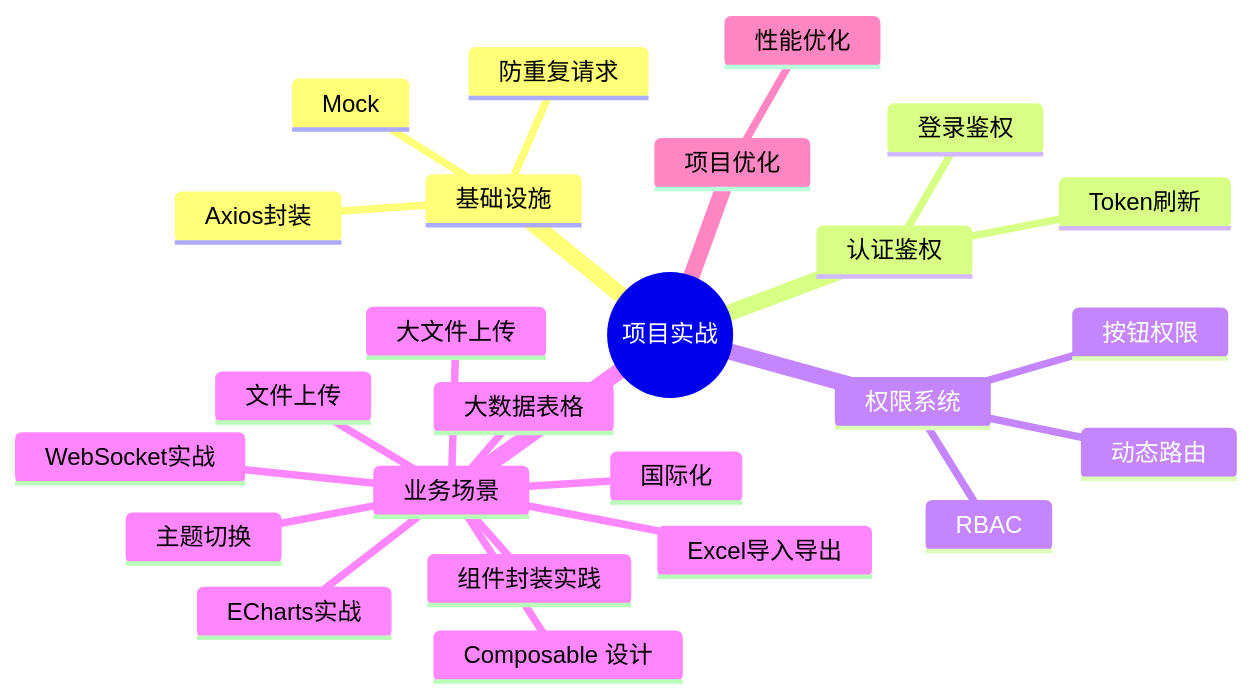
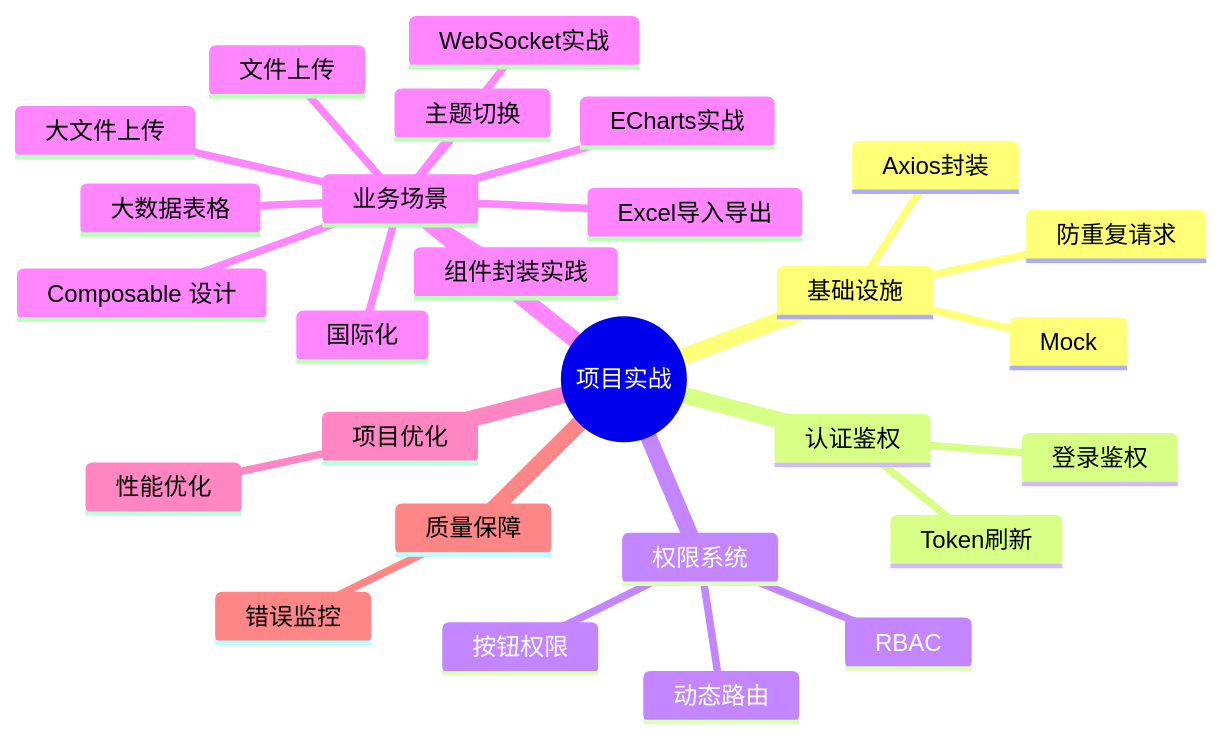
Before and after one commit to zjh42139/interview-notes: the diagram in docs/项目实战/index.md, drawn with Mermaid. The commit also changed other lines of this file and 12 other files, not shown here.

````diff
--- a/docs/项目实战/index.md
+++ b/docs/项目实战/index.md
@@ -9,28 +9,30 @@
 ```mermaid
 mindmap
   root((项目实战))
     基础设施
       Axios封装
       防重复请求
       Mock
     认证鉴权
       登录鉴权
       Token刷新
     权限系统
       动态路由
       RBAC
       按钮权限
     业务场景
       文件上传
       Excel导入导出
       大数据表格
       Composable 设计
       国际化
       主题切换
       组件封装实践
       WebSocket实战
       ECharts实战
       大文件上传
     项目优化
       性能优化
+    质量保障
+      错误监控
 ```
````
